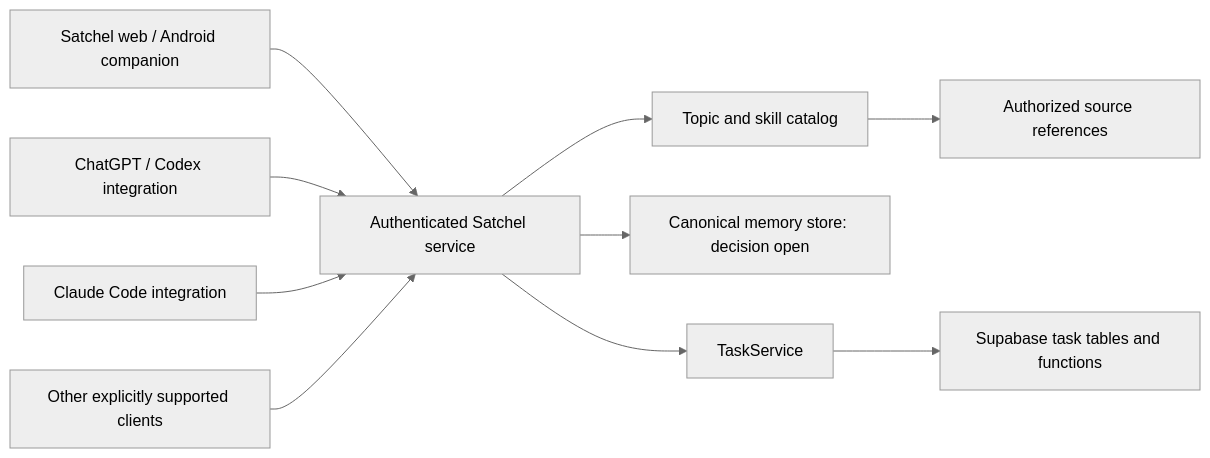
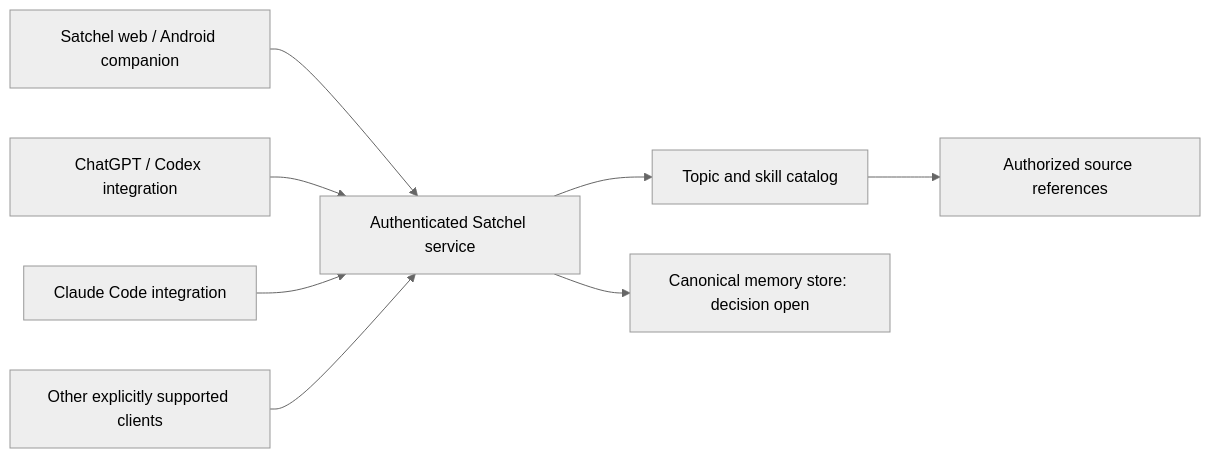
Before and after one commit to NeerajG03/satchel: the diagram in docs/architecture.md, drawn with Mermaid (neutral theme). The commit also changed other lines of this file and 152 other files, not shown here.

````diff
--- a/docs/architecture.md
+++ b/docs/architecture.md
@@ -34,12 +33,10 @@
 ```mermaid
 flowchart LR
     C[Satchel web / Android companion] --> A[Authenticated Satchel service]
     O[ChatGPT / Codex integration] --> A
     L[Claude Code integration] --> A
     X[Other explicitly supported clients] --> A
     A --> P[Topic and skill catalog]
     A --> M[Canonical memory store: decision open]
-    A --> T[TaskService]
-    T --> G[Supabase task tables and functions]
     P --> S[Authorized source references]
 ```
````
